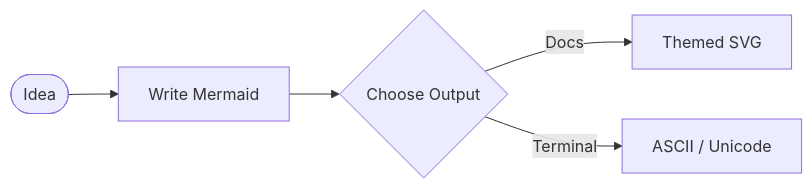
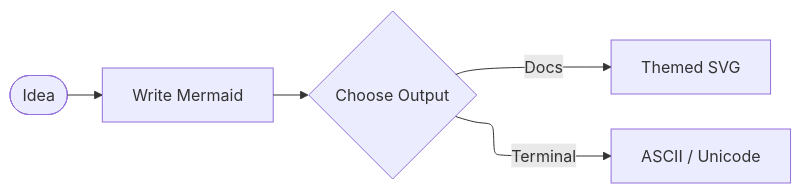
The diagram in skills/ba-design-flowchart/assets/theme_gallery/source.mmd (quangnt2697/Agent-skills), drawn with Mermaid before and after one commit. The commit also changed 6 other files, not shown here.

Commit message:
fix mermaid render rules

```diff
--- a/skills/ba-design-flowchart/assets/theme_gallery/source.mmd
+++ b/skills/ba-design-flowchart/assets/theme_gallery/source.mmd
@@ -1,5 +1,6 @@
+%%{init: {"flowchart": {"defaultRenderer": "elk"}}}%%
 flowchart LR
     Idea([Idea]) --> Write[Write Mermaid]
     Write --> Output{Choose Output}
     Output -->|Docs| SVG[Themed SVG]
     Output -->|Terminal| ASCII[ASCII / Unicode]
```
